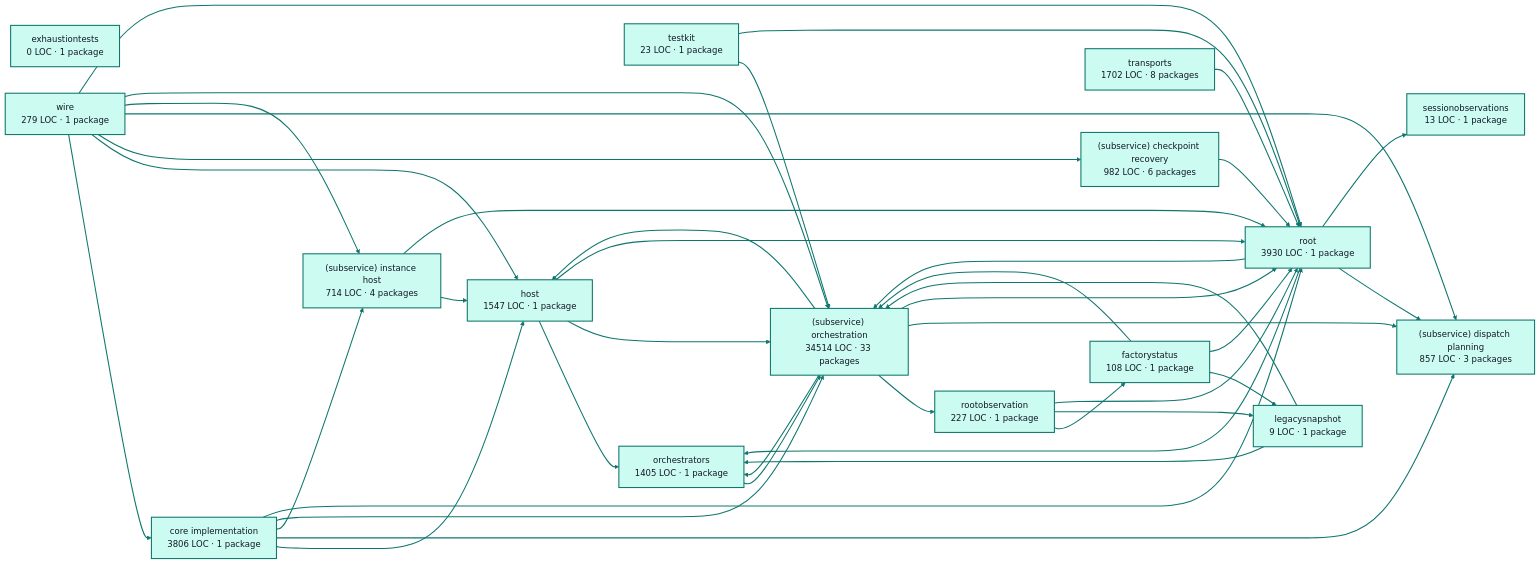
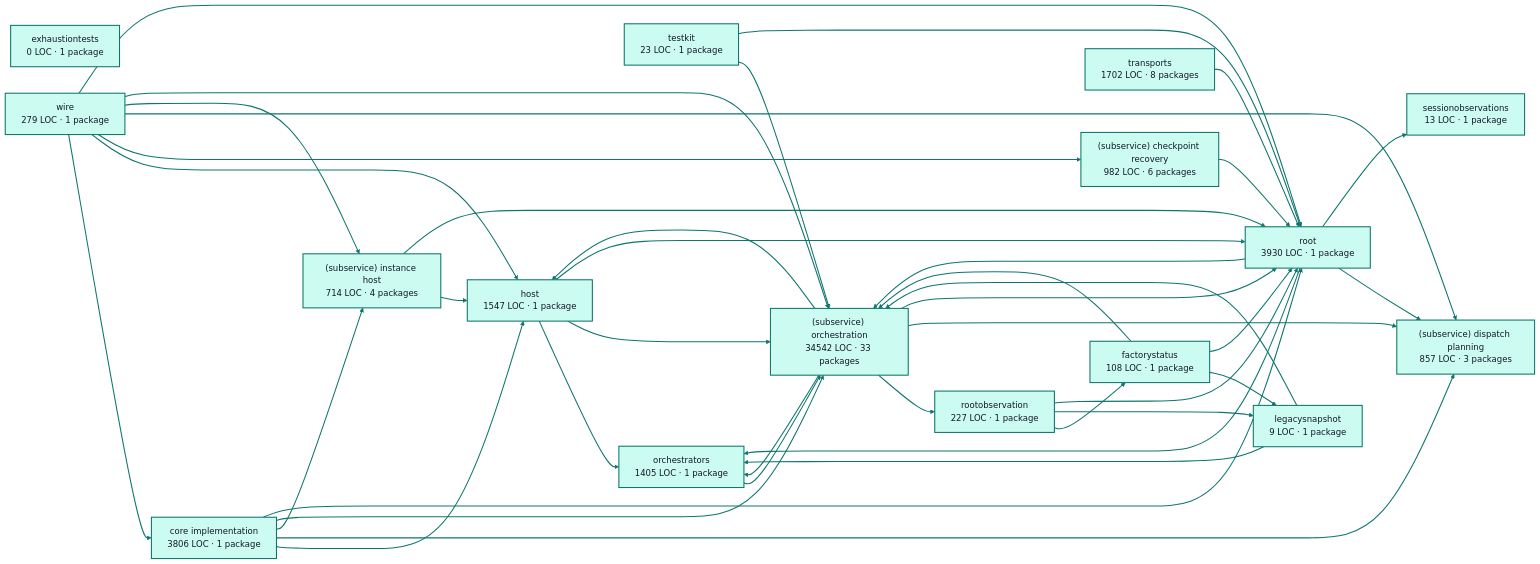
The diagram in docs/architecture/visualizations/services/factory_runtime.md (portpowered/you-agent-factory), drawn with Mermaid (base theme) before and after one commit. The commit also changed other lines of this file and 20 other files, not shown here.

Commit message:
docs: refresh backend architecture visualizations

````diff
--- a/docs/architecture/visualizations/services/factory_runtime.md
+++ b/docs/architecture/visualizations/services/factory_runtime.md
@@ -11,75 +11,75 @@
 ```mermaid
 flowchart LR
   p0["core implementation<br/>3806 LOC · 1 package"]
   p1["exhaustiontests<br/>0 LOC · 1 package"]
   p2["factorystatus<br/>108 LOC · 1 package"]
   p3["host<br/>1547 LOC · 1 package"]
   p4["legacysnapshot<br/>9 LOC · 1 package"]
   p5["orchestrators<br/>1405 LOC · 1 package"]
   p6["rootobservation<br/>227 LOC · 1 package"]
   p7["(subservice) checkpoint recovery<br/>982 LOC · 6 packages"]
   p8["(subservice) dispatch planning<br/>857 LOC · 3 packages"]
   p9["(subservice) instance host<br/>714 LOC · 4 packages"]
-  p10["(subservice) orchestration<br/>34514 LOC · 33 packages"]
+  p10["(subservice) orchestration<br/>34542 LOC · 33 packages"]
   p11["sessionobservations<br/>13 LOC · 1 package"]
   p12["testkit<br/>23 LOC · 1 package"]
   p13["root<br/>3930 LOC · 1 package"]
   p14["transports<br/>1702 LOC · 8 packages"]
   p15["wire<br/>279 LOC · 1 package"]
   p0 --> p3
   p0 --> p8
   p0 --> p9
   p0 --> p10
   p0 --> p13
   p2 --> p4
   p2 --> p10
   p2 --> p13
   p3 --> p5
   p3 --> p10
   p3 --> p13
   p4 --> p5
   p4 --> p10
   p5 --> p10
   p6 --> p2
   p6 --> p4
   p6 --> p13
   p7 --> p13
   p9 --> p3
   p9 --> p13
   p10 --> p3
   p10 --> p5
   p10 --> p6
   p10 --> p8
   p10 --> p13
   p12 --> p10
   p12 --> p13
   p13 --> p5
   p13 --> p8
   p13 --> p10
   p13 --> p11
   p14 --> p13
   p15 --> p0
   p15 --> p3
   p15 --> p7
   p15 --> p8
   p15 --> p9
   p15 --> p10
   p15 --> p13
   style p0 fill:#ccfbf1,stroke:#0f766e,stroke-width:2px,color:#111827
   style p1 fill:#ccfbf1,stroke:#0f766e,stroke-width:2px,color:#111827
   style p2 fill:#ccfbf1,stroke:#0f766e,stroke-width:2px,color:#111827
   style p3 fill:#ccfbf1,stroke:#0f766e,stroke-width:2px,color:#111827
   style p4 fill:#ccfbf1,stroke:#0f766e,stroke-width:2px,color:#111827
   style p5 fill:#ccfbf1,stroke:#0f766e,stroke-width:2px,color:#111827
   style p6 fill:#ccfbf1,stroke:#0f766e,stroke-width:2px,color:#111827
   style p7 fill:#ccfbf1,stroke:#0f766e,stroke-width:2px,color:#111827
   style p8 fill:#ccfbf1,stroke:#0f766e,stroke-width:2px,color:#111827
   style p9 fill:#ccfbf1,stroke:#0f766e,stroke-width:2px,color:#111827
   style p10 fill:#ccfbf1,stroke:#0f766e,stroke-width:2px,color:#111827
   style p11 fill:#ccfbf1,stroke:#0f766e,stroke-width:2px,color:#111827
   style p12 fill:#ccfbf1,stroke:#0f766e,stroke-width:2px,color:#111827
   style p13 fill:#ccfbf1,stroke:#0f766e,stroke-width:2px,color:#111827
   style p14 fill:#ccfbf1,stroke:#0f766e,stroke-width:2px,color:#111827
   style p15 fill:#ccfbf1,stroke:#0f766e,stroke-width:2px,color:#111827
   linkStyle default stroke:#0f766e,stroke-width:2px
 ```
````
